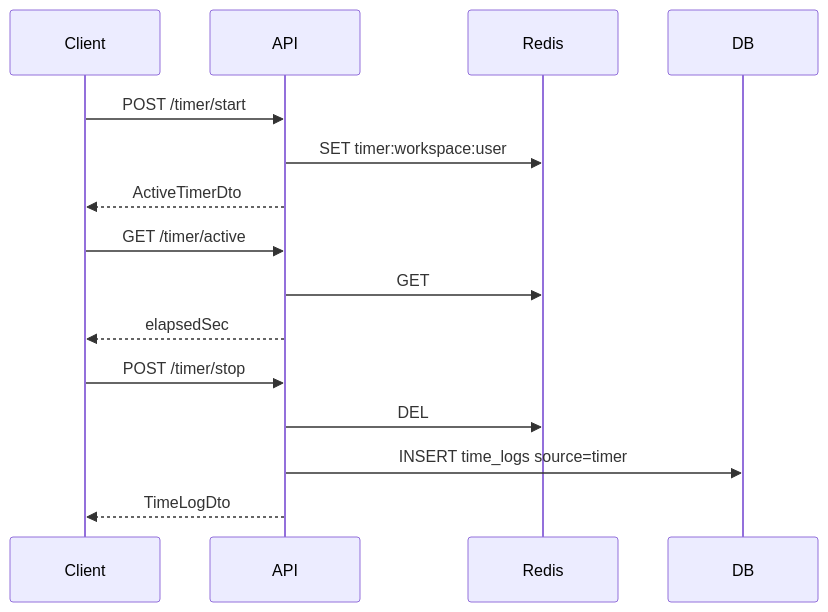
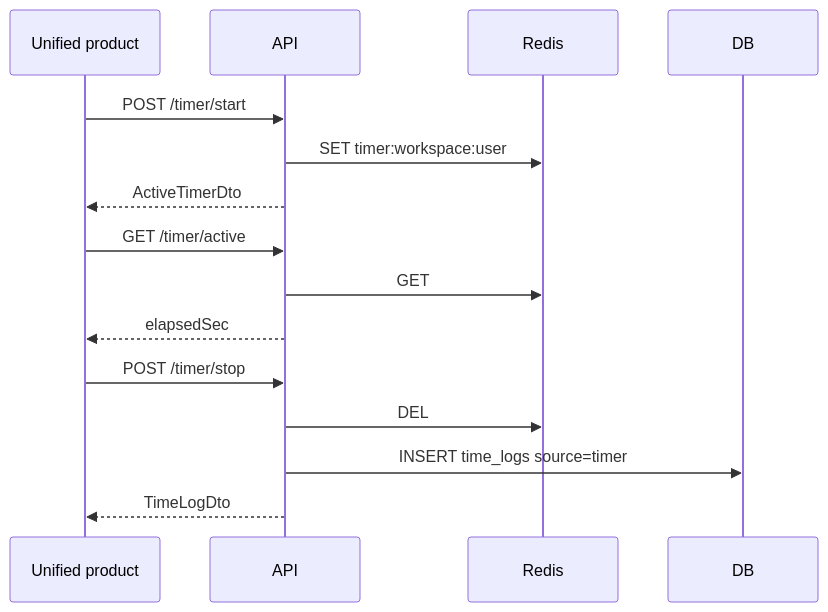
One commit to SCITAIGROUP1/ChronoMint changed the diagram in docs/architecture/TIMER_SEQUENCE.md. Above: the diagram before and after it, drawn with Mermaid. The commit also changed 959 other files, not shown here.

````diff
--- a/docs/architecture/TIMER_SEQUENCE.md
+++ b/docs/architecture/TIMER_SEQUENCE.md
@@ -3,20 +3,20 @@
 ```mermaid
 sequenceDiagram
-  participant Client
+  participant Product as Unified product
   participant API
   participant Redis
   participant DB
 
-  Client->>API: POST /timer/start
+  Product->>API: POST /timer/start
   API->>Redis: SET timer:workspace:user
-  API-->>Client: ActiveTimerDto
+  API-->>Product: ActiveTimerDto
 
-  Client->>API: GET /timer/active
+  Product->>API: GET /timer/active
   API->>Redis: GET
-  API-->>Client: elapsedSec
+  API-->>Product: elapsedSec
 
-  Client->>API: POST /timer/stop
+  Product->>API: POST /timer/stop
   API->>Redis: DEL
   API->>DB: INSERT time_logs source=timer
-  API-->>Client: TimeLogDto
+  API-->>Product: TimeLogDto
 ```
````
